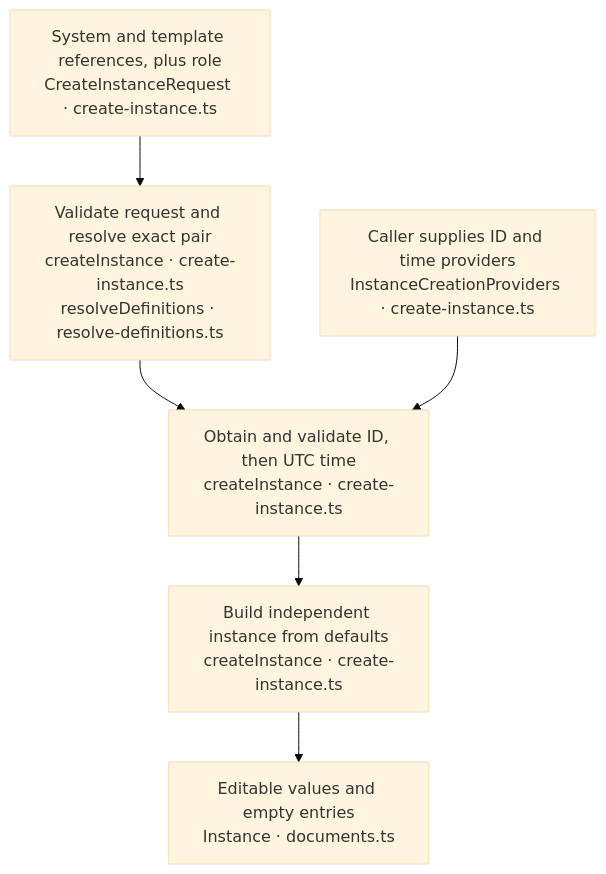
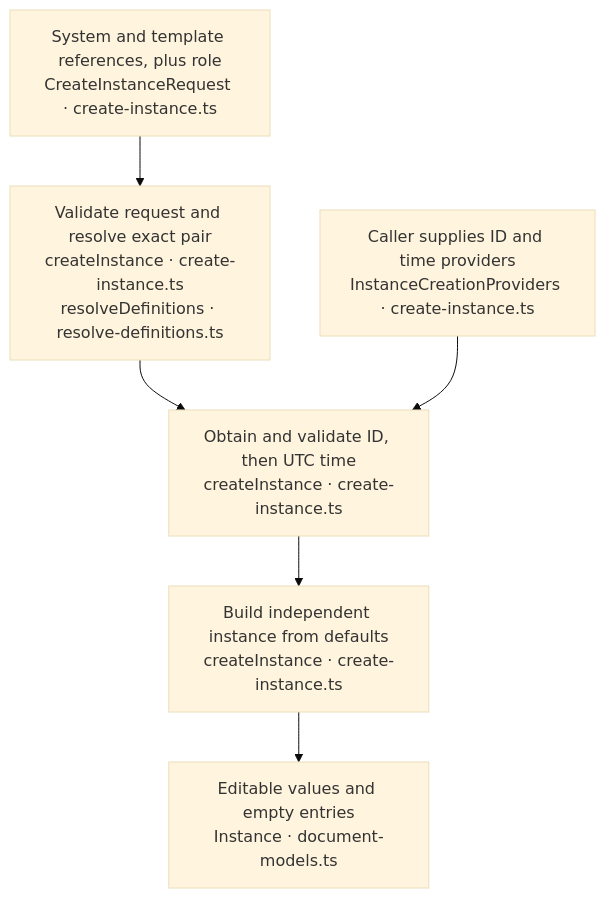
Before and after one commit to bduhbya/rpg_buddy: the second of 4 diagrams in src/domain/architecture.md, drawn with Mermaid (base theme). The commit also changed other lines of this file and 20 other files, not shown here.

First line of the commit message:
Move document models and structural validation into domain folders (#10)

````diff
--- a/src/domain/architecture.md
+++ b/src/domain/architecture.md
@@ -35,8 +35,8 @@
 ```mermaid
 flowchart TD
     A["System and template references, plus role<br/>CreateInstanceRequest · create-instance.ts"] --> B["Validate request and resolve exact pair<br/>createInstance · create-instance.ts<br/>resolveDefinitions · resolve-definitions.ts"]
     B --> C["Obtain and validate ID, then UTC time<br/>createInstance · create-instance.ts"]
     P["Caller supplies ID and time providers<br/>InstanceCreationProviders · create-instance.ts"] --> C
     C --> D["Build independent instance from defaults<br/>createInstance · create-instance.ts"]
-    D --> E["Editable values and empty entries<br/>Instance · documents.ts"]
+    D --> E["Editable values and empty entries<br/>Instance · document-models.ts"]
 ```
````
